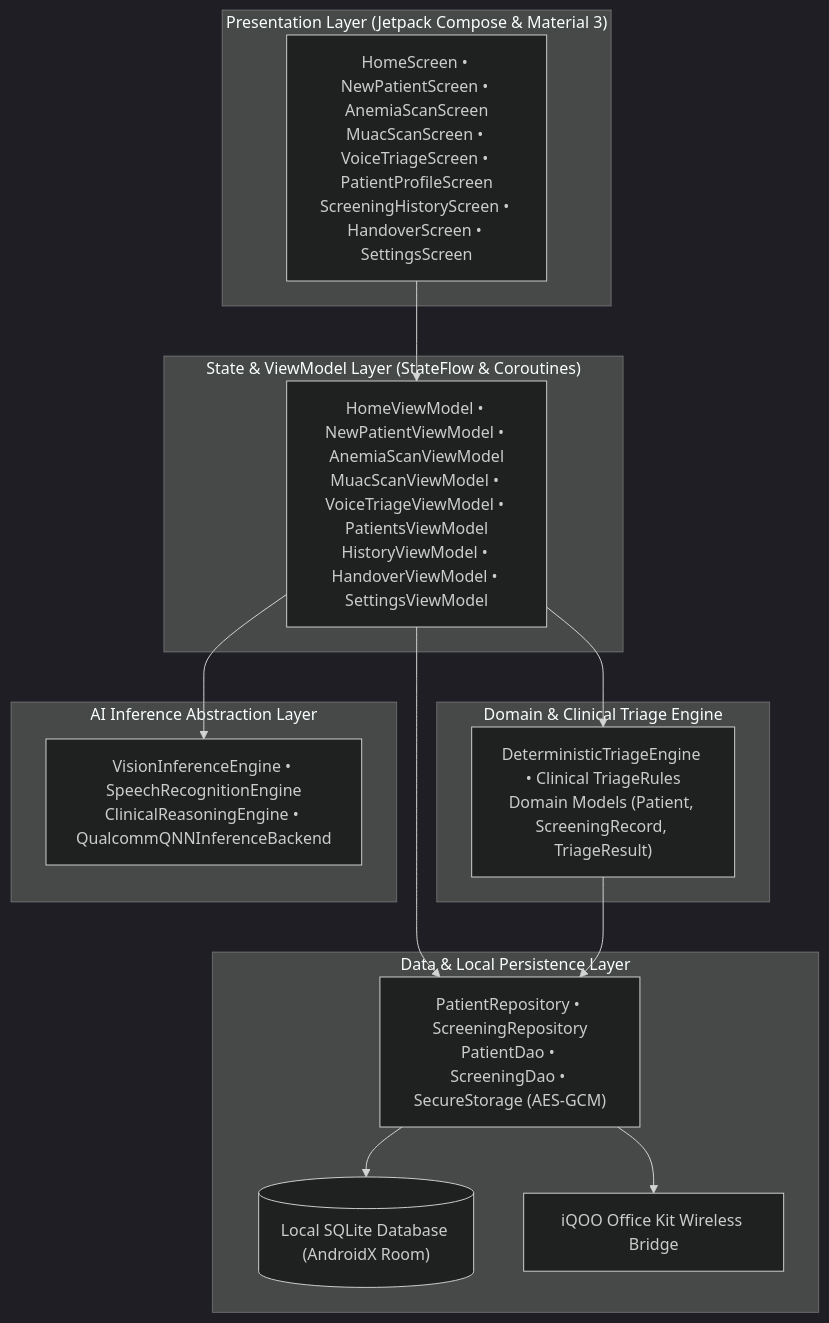
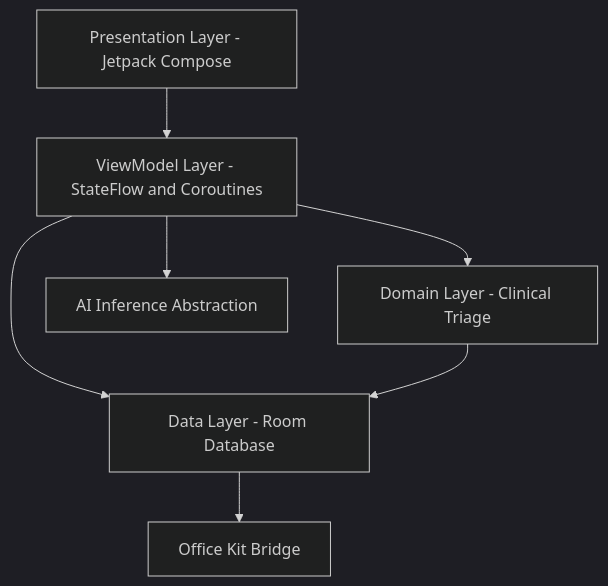
Before and after one commit to SarthakNC/Nidan-AI---IQOO-INDIA-HACKATHON-IDEA-SUBMISSION: the second of 4 diagrams in README.md, drawn with Mermaid (dark theme). The commit also changed other lines of this file, not shown here.

First line of the commit message:
docs: update architecture flowchart in README

````diff
--- a/README.md
+++ b/README.md
@@ -168,32 +176,17 @@
 ```mermaid
 flowchart TB
-    subgraph UI ["Presentation Layer (Jetpack Compose & Material 3)"]
-        Screens["HomeScreen • NewPatientScreen • AnemiaScanScreen<br/>MuacScanScreen • VoiceTriageScreen • PatientProfileScreen<br/>ScreeningHistoryScreen • HandoverScreen • SettingsScreen"]
-    end
 
-    subgraph State ["State & ViewModel Layer (StateFlow & Coroutines)"]
-        VMs["HomeViewModel • NewPatientViewModel • AnemiaScanViewModel<br/>MuacScanViewModel • VoiceTriageViewModel • PatientsViewModel<br/>HistoryViewModel • HandoverViewModel • SettingsViewModel"]
-    end
+    UI["Presentation Layer - Jetpack Compose"]
+    VM["ViewModel Layer - StateFlow and Coroutines"]
+    DOMAIN["Domain Layer - Clinical Triage"]
+    AI["AI Inference Abstraction"]
+    DATA["Data Layer - Room Database"]
+    OFFICE["Office Kit Bridge"]
 
-    subgraph Domain ["Domain & Clinical Triage Engine"]
-        Engine["DeterministicTriageEngine • Clinical TriageRules<br/>Domain Models (Patient, ScreeningRecord, TriageResult)"]
-    end
-
-    subgraph AI ["AI Inference Abstraction Layer"]
-        Engines["VisionInferenceEngine • SpeechRecognitionEngine<br/>ClinicalReasoningEngine • QualcommQNNInferenceBackend"]
-    end
-
-    subgraph Data ["Data & Local Persistence Layer"]
-        Repos["PatientRepository • ScreeningRepository<br/>PatientDao • ScreeningDao • SecureStorage (AES-GCM)"]
-        DB[("Local SQLite Database (AndroidX Room)")]
-        Office["iQOO Office Kit Wireless Bridge"]
-    end
-
-    Screens --> VMs
-    VMs --> Engine
-    VMs --> Engines
-    VMs --> Repos
-    Engine --> Repos
-    Repos --> DB
-    Repos --> Office
+    UI --> VM
+    VM --> DOMAIN
+    VM --> AI
+    VM --> DATA
+    DOMAIN --> DATA
+    DATA --> OFFICE
 ```
````
